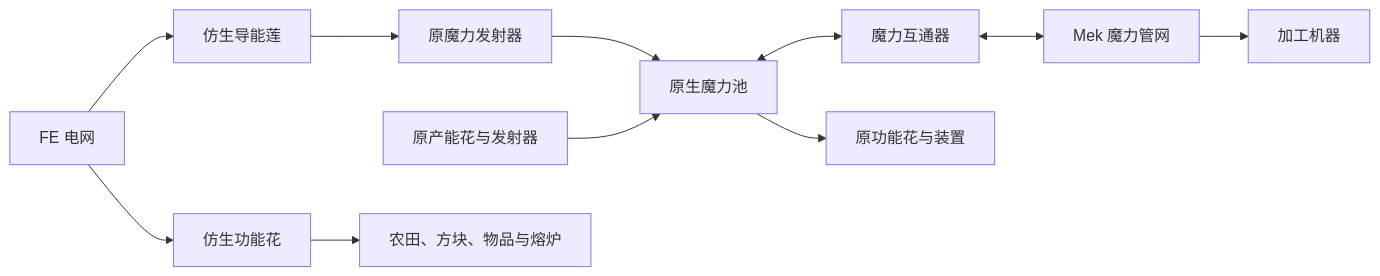
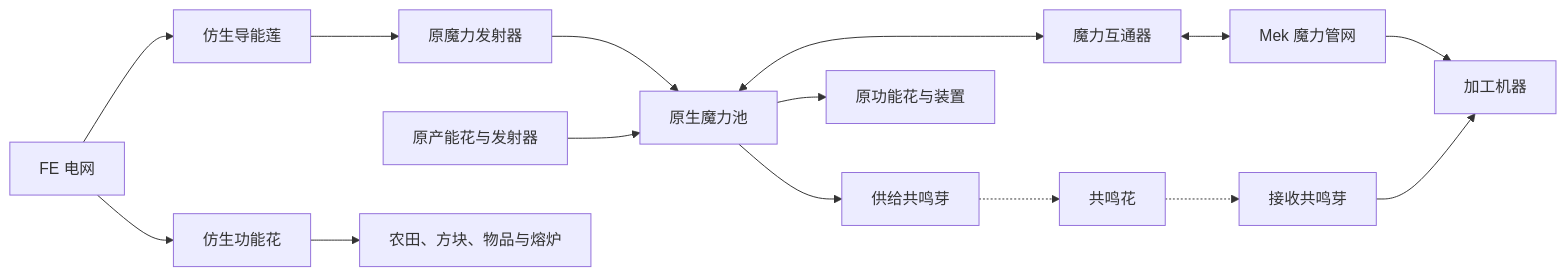
One commit to sisi0318/EveryoneMek changed the diagram in Botania/DESIGN.md. Above: the diagram before and after it, drawn with Mermaid. The commit also changed other lines of this file and 5 other files, not shown here.

````diff
--- a/Botania/DESIGN.md
+++ b/Botania/DESIGN.md
@@ -19,13 +19,17 @@
 ```mermaid
 flowchart LR
     FE[FE 电网] --> G[仿生导能莲]
     G --> S[原魔力发射器]
     S --> P[原生魔力池]
     P <--> B[魔力互通器]
     B <--> C[Mek 魔力管网]
     C --> M[加工机器]
+    P --> WS[供给共鸣芽]
+    WS -.-> H[共鸣花]
+    H -.-> WR[接收共鸣芽]
+    WR --> M
     F[原产能花与发射器] --> P
     P --> N[原功能花与装置]
     FE --> BF[仿生功能花]
     BF --> W[农田、方块、物品与熔炉]
 ```
````
